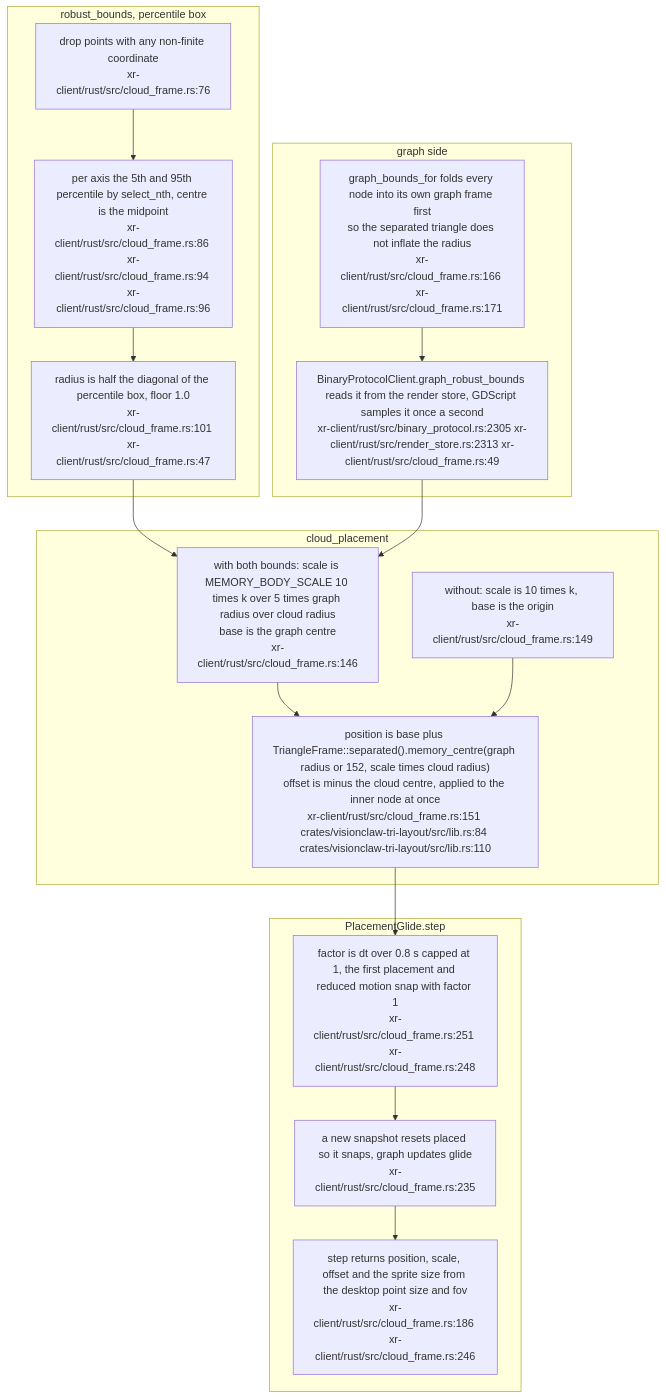
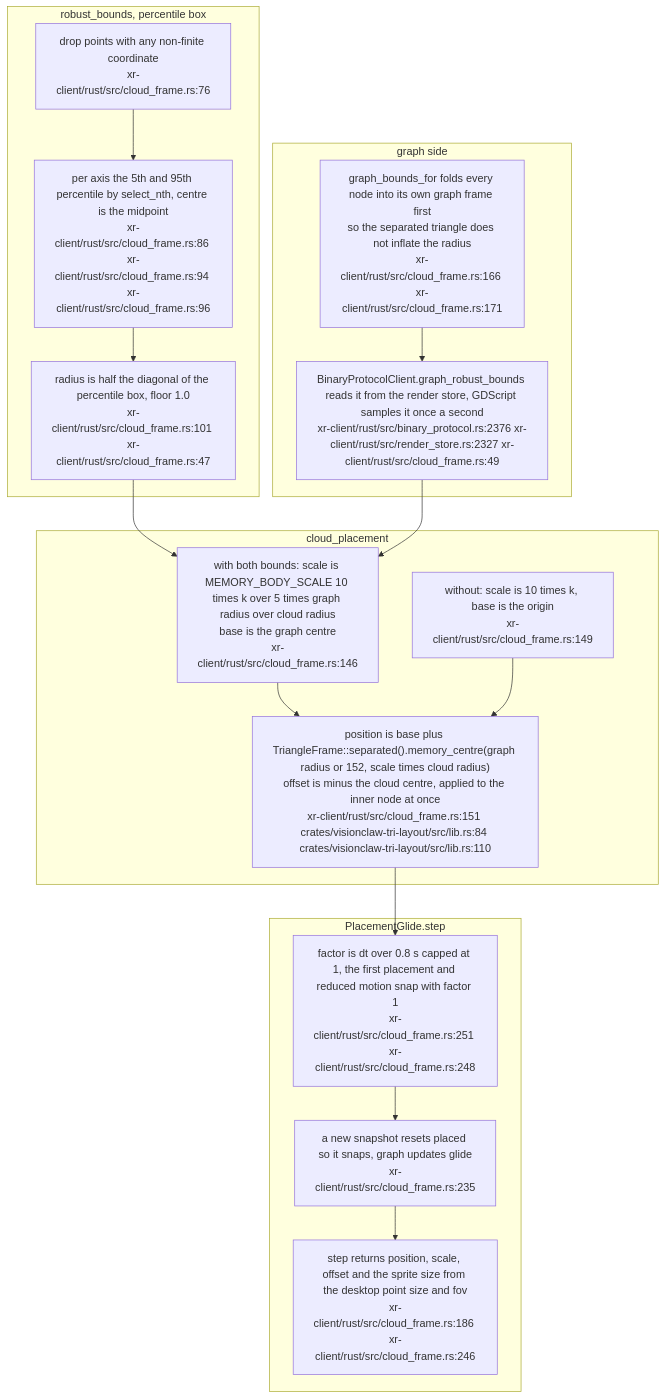
The sixth of 19 diagrams in docs/diagrams/visionclaw/38-xr-memory-cloud-internals.md (DreamLab-AI/VisionFlow), drawn with Mermaid before and after one commit. The commit also changed other lines of this file and 24 other files, not shown here.

Commit message:
docs: align XR liveness, filtering and rendering diagrams (#33)

````diff
--- a/docs/diagrams/visionclaw/38-xr-memory-cloud-internals.md
+++ b/docs/diagrams/visionclaw/38-xr-memory-cloud-internals.md
@@ -259,29 +259,29 @@
 ```mermaid
 flowchart TB
     subgraph bounds["robust_bounds, percentile box"]
         B1["drop points with any non-finite coordinate<br/>xr-client/rust/src/cloud_frame.rs:76"]
         B2["per axis the 5th and 95th percentile by select_nth, centre is the midpoint<br/>xr-client/rust/src/cloud_frame.rs:86 xr-client/rust/src/cloud_frame.rs:94 xr-client/rust/src/cloud_frame.rs:96"]
         B3["radius is half the diagonal of the percentile box, floor 1.0<br/>xr-client/rust/src/cloud_frame.rs:101 xr-client/rust/src/cloud_frame.rs:47"]
     end
     subgraph graph["graph side"]
         G1["graph_bounds_for folds every node into its own graph frame first<br/>so the separated triangle does not inflate the radius<br/>xr-client/rust/src/cloud_frame.rs:166 xr-client/rust/src/cloud_frame.rs:171"]
-        G2["BinaryProtocolClient.graph_robust_bounds reads it from the render store, GDScript samples it once a second<br/>xr-client/rust/src/binary_protocol.rs:2305 xr-client/rust/src/render_store.rs:2313 xr-client/rust/src/cloud_frame.rs:49"]
+        G2["BinaryProtocolClient.graph_robust_bounds reads it from the render store, GDScript samples it once a second<br/>xr-client/rust/src/binary_protocol.rs:2376 xr-client/rust/src/render_store.rs:2327 xr-client/rust/src/cloud_frame.rs:49"]
     end
     subgraph place["cloud_placement"]
         P1["with both bounds: scale is MEMORY_BODY_SCALE 10 times k over 5 times graph radius over cloud radius<br/>base is the graph centre<br/>xr-client/rust/src/cloud_frame.rs:146"]
         P2["without: scale is 10 times k, base is the origin<br/>xr-client/rust/src/cloud_frame.rs:149"]
         P3["position is base plus TriangleFrame::separated().memory_centre(graph radius or 152, scale times cloud radius)<br/>offset is minus the cloud centre, applied to the inner node at once<br/>xr-client/rust/src/cloud_frame.rs:151 crates/visionclaw-tri-layout/src/lib.rs:84 crates/visionclaw-tri-layout/src/lib.rs:110"]
     end
     subgraph glide["PlacementGlide.step"]
         D1["factor is dt over 0.8 s capped at 1, the first placement and reduced motion snap with factor 1<br/>xr-client/rust/src/cloud_frame.rs:251 xr-client/rust/src/cloud_frame.rs:248"]
         D2["a new snapshot resets placed so it snaps, graph updates glide<br/>xr-client/rust/src/cloud_frame.rs:235"]
         D3["step returns position, scale, offset and the sprite size from the desktop point size and fov<br/>xr-client/rust/src/cloud_frame.rs:186 xr-client/rust/src/cloud_frame.rs:246"]
     end
     B1 --> B2 --> B3
     G1 --> G2
     B3 --> P1
     G2 --> P1
     P1 --> P3
     P2 --> P3
     P3 --> D1 --> D2 --> D3
 ```
````
